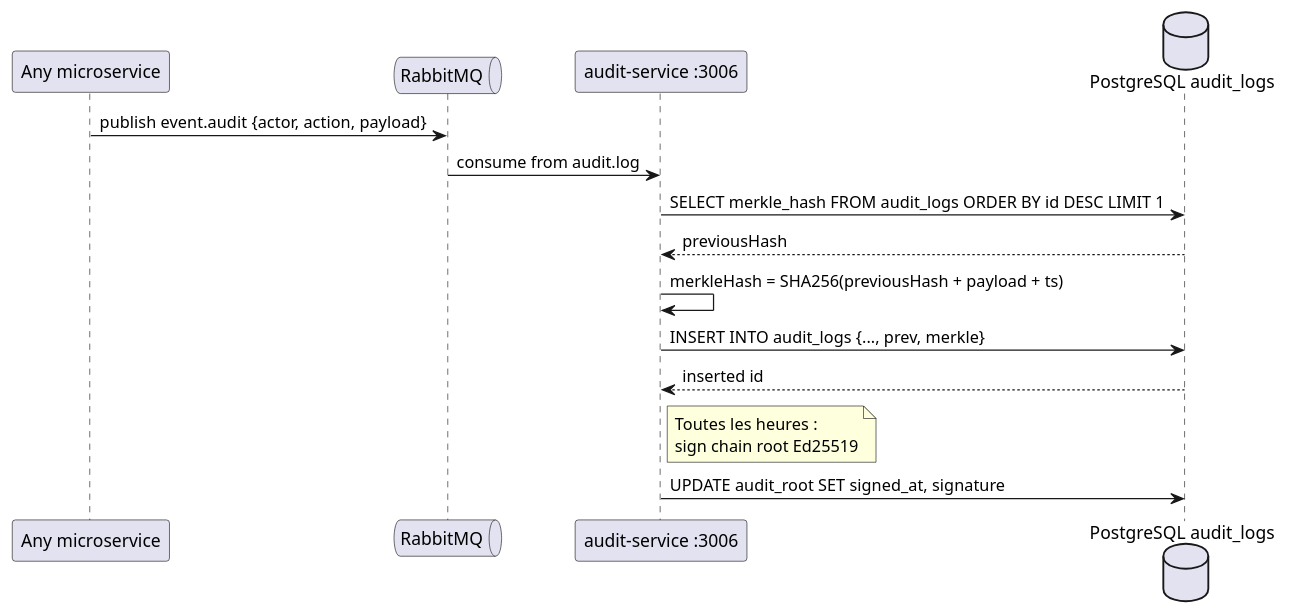
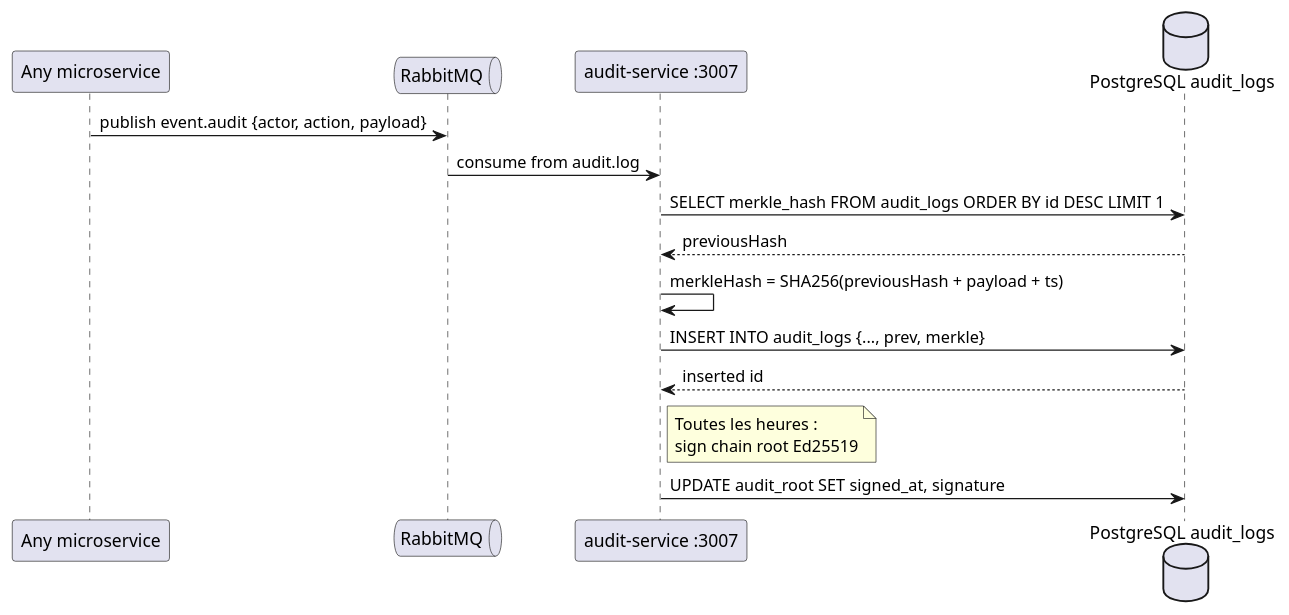
Before and after one commit to TheManInPink/Session-Ete-2026: diagram 30 of 40 in docs/diagrams/99-DIAGRAMMES-PLANTUML.md, drawn with PlantUML. The commit also changed 1 other file, not shown here.

Commit message:
docs: corriger le port audit-service (:3006 -> :3007) dans les diagrammes de flux
Le séquencier d'audit (Mermaid + PlantUML) étiquetait audit-service :3006 ;
le port réel est :3007 (:3006 = interop-service). Source de vérité : env.schema
AUDIT_SERVICE_PORT=3007, api-gateway, monitoring, K8s configmap.

NB : les blocs « carte d'architecture » de ces mêmes fichiers utilisent un schéma
de ports entièrement obsolète (+ services inexistants : correction/governance/
electoral/kiosk/file-service) — réconciliation séparée à prévoir.

````diff
--- a/docs/diagrams/99-DIAGRAMMES-PLANTUML.md
+++ b/docs/diagrams/99-DIAGRAMMES-PLANTUML.md
@@ -1380,21 +1380,21 @@
 ```plantuml
 @startuml
 participant "Any microservice" as Svc
 queue "RabbitMQ" as MQ
-participant "audit-service :3006" as Aud
+participant "audit-service :3007" as Aud
 database "PostgreSQL audit_logs" as Pg
 
 Svc -> MQ : publish event.audit {actor, action, payload}
 MQ -> Aud : consume from audit.log
 Aud -> Pg : SELECT merkle_hash FROM audit_logs ORDER BY id DESC LIMIT 1
 Pg --> Aud : previousHash
 Aud -> Aud : merkleHash = SHA256(previousHash + payload + ts)
 Aud -> Pg : INSERT INTO audit_logs {..., prev, merkle}
 Pg --> Aud : inserted id
 note right of Aud
   Toutes les heures :
   sign chain root Ed25519
 end note
 Aud -> Pg : UPDATE audit_root SET signed_at, signature
 @enduml
 ```
````
